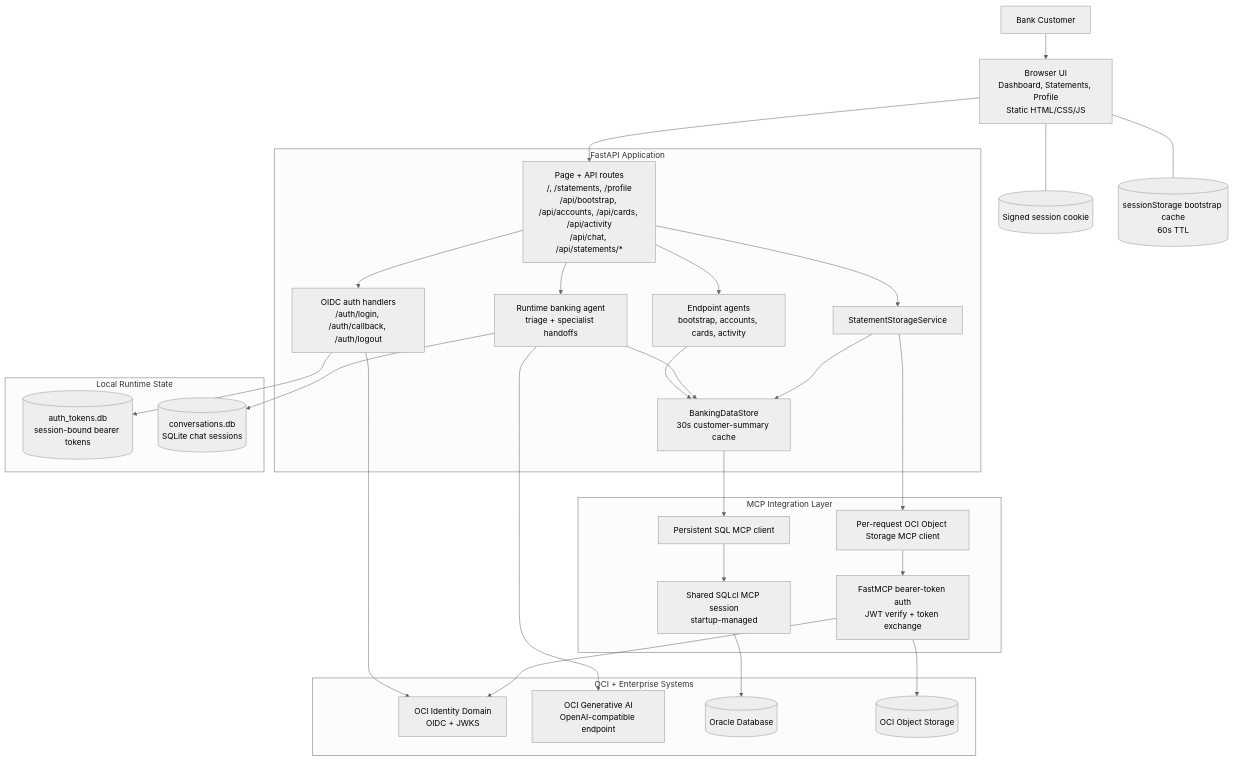
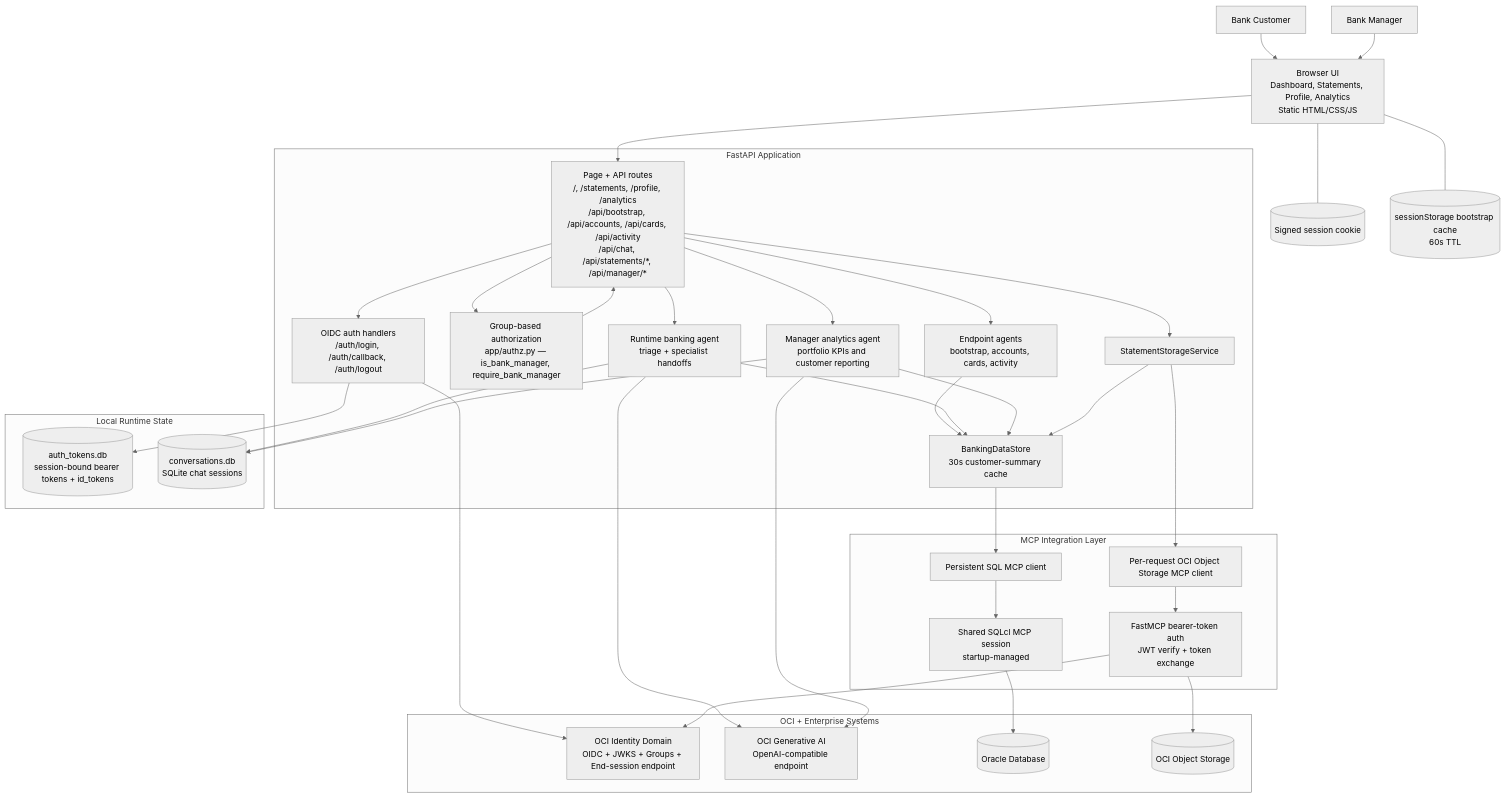
The diagram in docs/architecture.md (kiranthakkar/bankingapplication), drawn with Mermaid (neutral theme) before and after one commit. The commit also changed other lines of this file and 31 other files, not shown here.

First line of the commit message:
Add Bank Manager Analytics, federated logout, and bulk seed data

````diff
--- a/docs/architecture.md
+++ b/docs/architecture.md
@@ -13,63 +13,74 @@
 ```mermaid
 flowchart TD
     U[Bank Customer]
-    B[Browser UI<br/>Dashboard, Statements, Profile<br/>Static HTML/CSS/JS]
+    MGR[Bank Manager]
+    B[Browser UI<br/>Dashboard, Statements, Profile, Analytics<br/>Static HTML/CSS/JS]
     SC[(Signed session cookie)]
     BC[(sessionStorage bootstrap cache<br/>60s TTL)]
 
     subgraph APP[FastAPI Application]
-        ROUTES[Page + API routes<br/>/, /statements, /profile<br/>/api/bootstrap, /api/accounts, /api/cards, /api/activity<br/>/api/chat, /api/statements/*]
+        ROUTES[Page + API routes<br/>/, /statements, /profile, /analytics<br/>/api/bootstrap, /api/accounts, /api/cards, /api/activity<br/>/api/chat, /api/statements/*, /api/manager/*]
         AUTH[OIDC auth handlers<br/>/auth/login, /auth/callback, /auth/logout]
+        AUTHZ[Group-based authorization<br/>app/authz.py — is_bank_manager, require_bank_manager]
         VIEW[Endpoint agents<br/>bootstrap, accounts, cards, activity]
         CHAT[Runtime banking agent<br/>triage + specialist handoffs]
+        MGRAGENT[Manager analytics agent<br/>portfolio KPIs and customer reporting]
         DATA[BankingDataStore<br/>30s customer-summary cache]
         STMT[StatementStorageService]
     end
 
     subgraph LOCAL[Local Runtime State]
-        TOKENS[(auth_tokens.db<br/>session-bound bearer tokens)]
+        TOKENS[(auth_tokens.db<br/>session-bound bearer tokens + id_tokens)]
         CONV[(conversations.db<br/>SQLite chat sessions)]
     end
 
     subgraph MCP[MCP Integration Layer]
         SQLMGR[Shared SQLcl MCP session<br/>startup-managed]
         SQLCLI[Persistent SQL MCP client]
         OSMCP[Per-request OCI Object Storage MCP client]
         OSAUTH[FastMCP bearer-token auth<br/>JWT verify + token exchange]
     end
 
     subgraph OCI[OCI + Enterprise Systems]
-        IDCS[OCI Identity Domain<br/>OIDC + JWKS]
+        IDCS[OCI Identity Domain<br/>OIDC + JWKS + Groups + End-session endpoint]
         GENAI[OCI Generative AI<br/>OpenAI-compatible endpoint]
         DB[(Oracle Database)]
         OS[(OCI Object Storage)]
     end
 
     U --> B
+    MGR --> B
     B --> ROUTES
     B --- SC
     B --- BC
 
     ROUTES --> AUTH
     AUTH --> IDCS
     AUTH --> TOKENS
 
+    ROUTES --> AUTHZ
+    AUTHZ --> ROUTES
+
     ROUTES --> VIEW
     ROUTES --> CHAT
+    ROUTES --> MGRAGENT
     ROUTES --> STMT
 
     VIEW --> DATA
     CHAT --> DATA
     CHAT --> CONV
     CHAT --> GENAI
+    MGRAGENT --> DATA
+    MGRAGENT --> CONV
+    MGRAGENT --> GENAI
     STMT --> DATA
     STMT --> OSMCP
 
     DATA --> SQLCLI
     SQLCLI --> SQLMGR
     SQLMGR --> DB
 
     OSMCP --> OSAUTH
     OSAUTH --> IDCS
     OSAUTH --> OS
 ```
````
